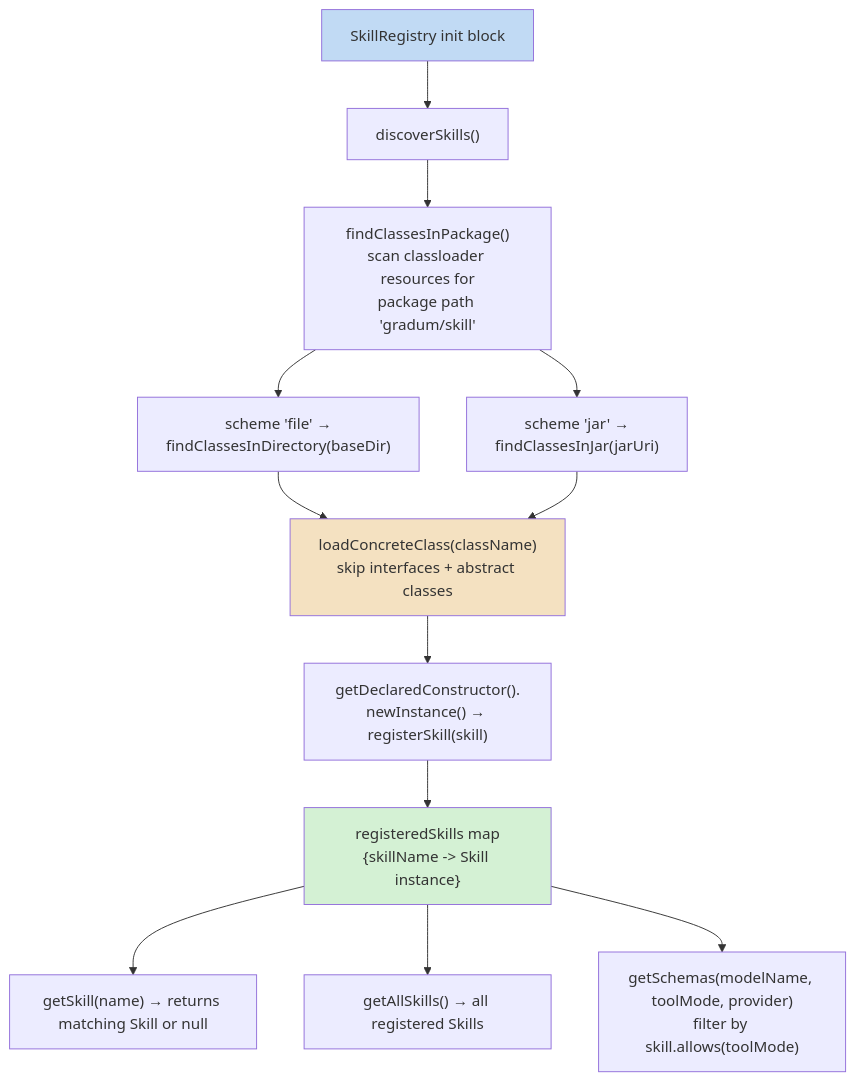
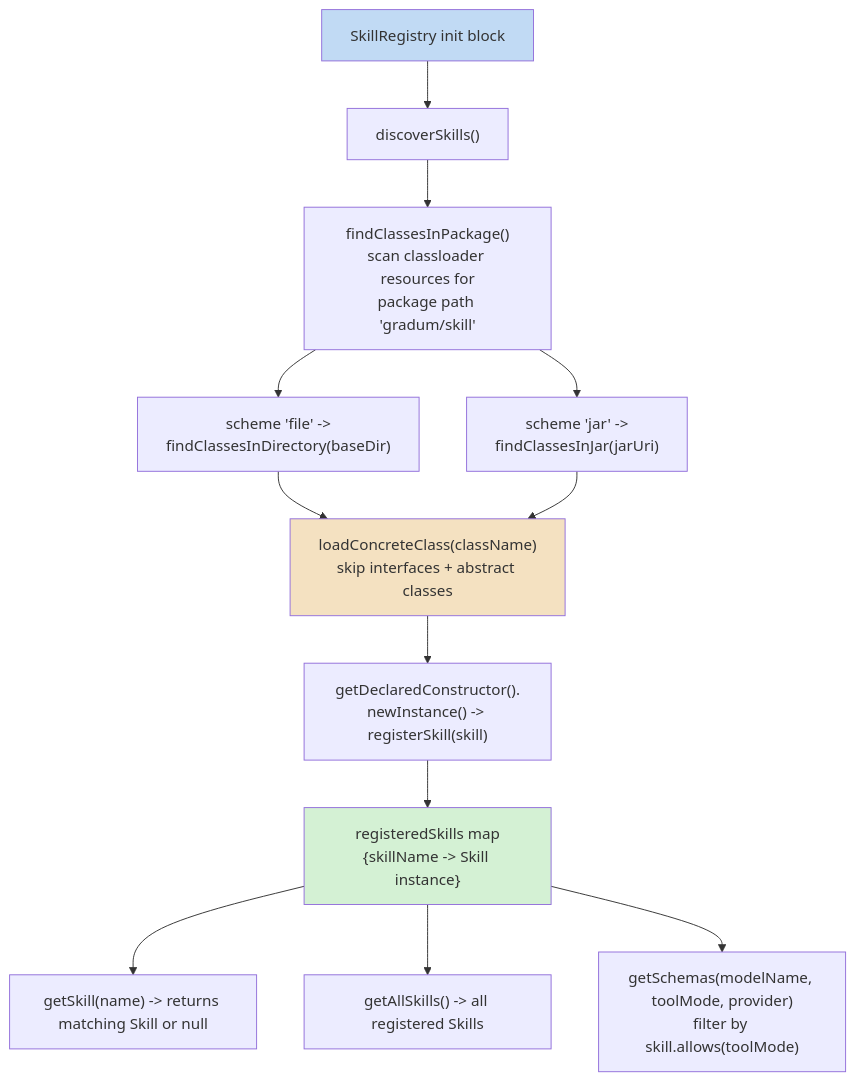
One commit to lg841226/Gradum changed diagram 21 of 31 in docs/ARCHITECTURE.md. Above: the diagram before and after it, drawn with Mermaid. The commit also changed other lines of this file and 54 other files, not shown here.

````diff
--- a/docs/ARCHITECTURE.md
+++ b/docs/ARCHITECTURE.md
@@ -1549,17 +1552,17 @@
 ```mermaid
 flowchart TB
     INIT["SkillRegistry init block"] --> DISCOVER["discoverSkills()"]
     DISCOVER --> LOADER["findClassesInPackage()<br/>scan classloader resources for<br/>package path 'gradum/skill'"]
-    LOADER --> DIR["scheme 'file' →<br/>findClassesInDirectory(baseDir)"]
-    LOADER --> JAR["scheme 'jar' →<br/>findClassesInJar(jarUri)"]
+    LOADER --> DIR["scheme 'file' -><br/>findClassesInDirectory(baseDir)"]
+    LOADER --> JAR["scheme 'jar' -><br/>findClassesInJar(jarUri)"]
     DIR --> CONCRETE["loadConcreteClass(className)<br/>skip interfaces + abstract classes"]
     JAR --> CONCRETE
-    CONCRETE --> INST["getDeclaredConstructor().<br/>newInstance() → registerSkill(skill)"]
+    CONCRETE --> INST["getDeclaredConstructor().<br/>newInstance() -> registerSkill(skill)"]
     INST --> REG["registeredSkills map<br/>{skillName -> Skill instance}"]
-    REG --> LOOKUP["getSkill(name) → returns matching Skill or null"]
-    REG --> ALL["getAllSkills() → all registered Skills"]
+    REG --> LOOKUP["getSkill(name) -> returns matching Skill or null"]
+    REG --> ALL["getAllSkills() -> all registered Skills"]
     REG --> SCH["getSchemas(modelName, toolMode, provider)<br/>filter by skill.allows(toolMode)"]
     style INIT fill: #c1daf4
     style CONCRETE fill: #f4e1c1
     style REG fill: #d4f1d4
 ```
````
